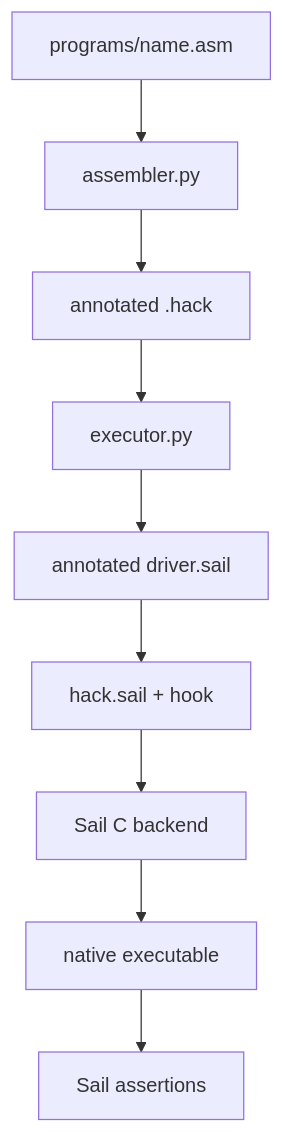
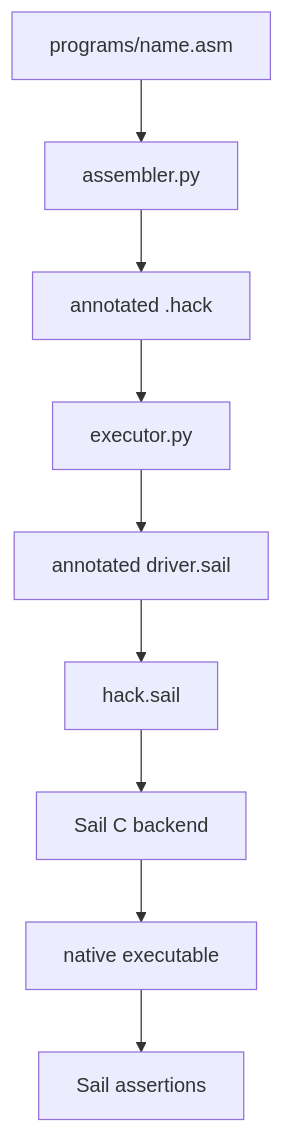
The diagram in site/docs/en/hack/index.mdx (VIDLG/verylogic-workspace-sail), drawn with Mermaid before and after one commit. The commit also changed other lines of this file and 19 other files, not shown here.

````diff
--- a/site/docs/en/hack/index.mdx
+++ b/site/docs/en/hack/index.mdx
@@ -35,11 +35,11 @@
 ```mermaid
 flowchart TD
     Source[programs/name.asm] --> Assembler[assembler.py]
     Assembler --> Machine[annotated .hack]
     Machine --> Executor[executor.py]
     Executor --> Driver[annotated driver.sail]
-    Driver --> Sail[hack.sail + hook]
+    Driver --> Sail[hack.sail]
     Sail --> C[Sail C backend]
     C --> Native[native executable]
     Native --> Assertions[Sail assertions]
 ```
````
